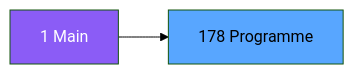
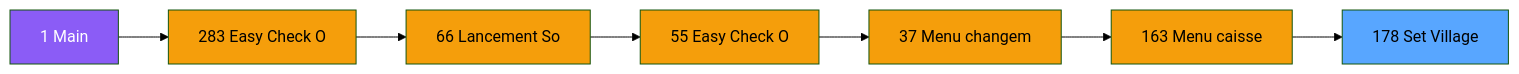
The second of 3 diagrams in .openspec/specs/ADH-IDE-178.md (thonyAGP/magic-migration), drawn with Mermaid (forest theme) before and after one commit. The commit also changed other lines of this file and 323 other files, not shown here.

````diff
--- a/.openspec/specs/ADH-IDE-178.md
+++ b/.openspec/specs/ADH-IDE-178.md
@@ -98,8 +114,23 @@
 ```mermaid
 graph LR
     M[1 Main]
-    T[178 Programme]
-    M --> T
+    N283[283 Easy Check O]
+    N66[66 Lancement So]
+    N55[55 Easy Check O]
+    N37[37 Menu changem]
+    N163[163 Menu caisse ]
+    T[178 Set Village ]
+    M --> N283
+    N283 --> N66
+    N66 --> N55
+    N55 --> N37
+    N37 --> N163
+    N163 --> T
     style M fill:#8b5cf6,color:#fff
+    style N283 fill:#f59e0b
+    style N66 fill:#f59e0b
+    style N55 fill:#f59e0b
+    style N37 fill:#f59e0b
+    style N163 fill:#f59e0b
     style T fill:#58a6ff,color:#000
 ```
````
